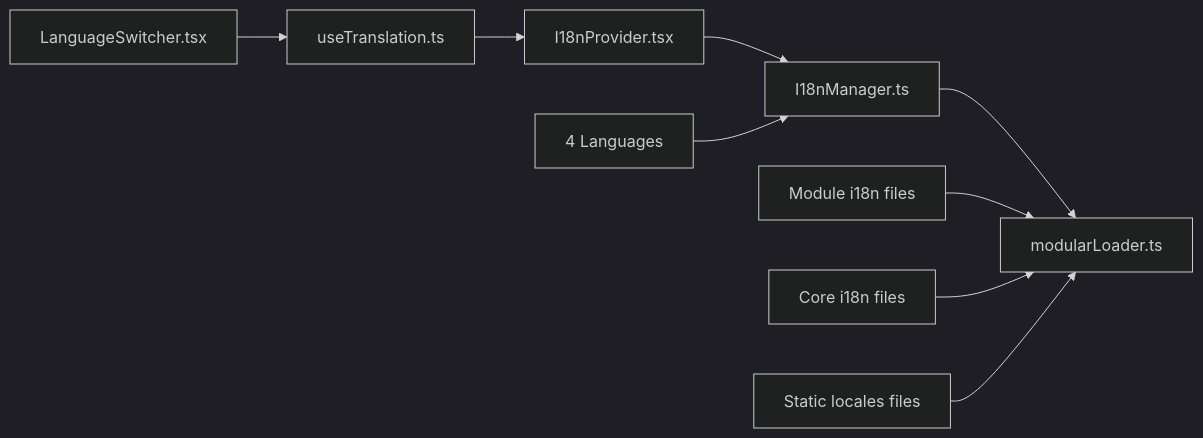
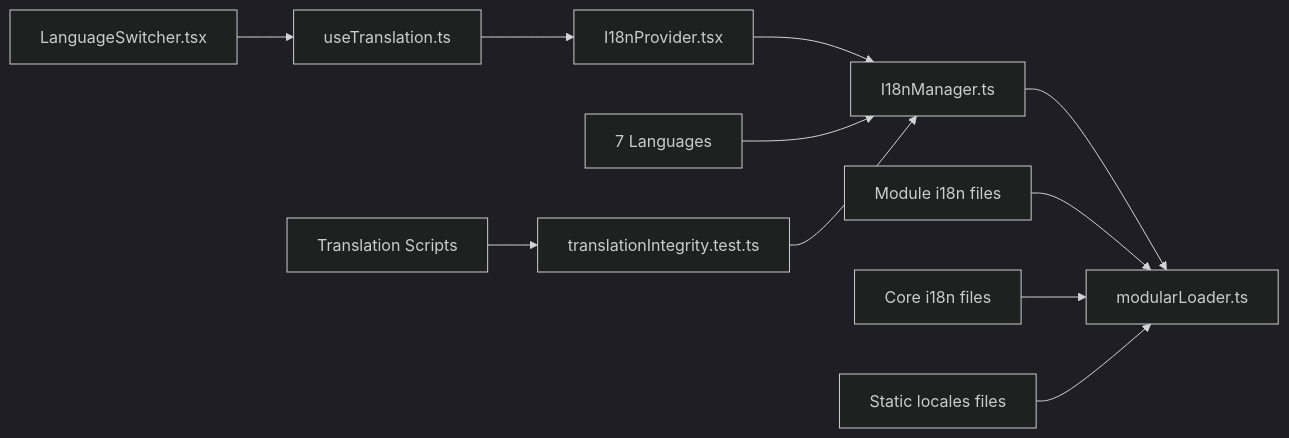
Before and after one commit to geniusdynamics/schoolpilot: the seventh of 7 diagrams in .qoder/repowiki/en/content/Internationalization.md, drawn with Mermaid (dark theme). The commit also changed other lines of this file and 54 other files, not shown here.

````diff
--- a/.qoder/repowiki/en/content/Internationalization.md
+++ b/.qoder/repowiki/en/content/Internationalization.md
@@ -370,11 +455,13 @@
 ```mermaid
 graph LR
 Provider["I18nProvider.tsx"] --> Manager["I18nManager.ts"]
 Hook["useTranslation.ts"] --> Provider
 Manager --> Modular["modularLoader.ts"]
 Switcher["LanguageSwitcher.tsx"] --> Hook
 Modules["Module i18n files"] --> Modular
 Core["Core i18n files"] --> Modular
 Static["Static locales files"] --> Modular
-Languages["4 Languages"] --> Manager
+Languages["7 Languages"] --> Manager
+Tests["translationIntegrity.test.ts"] --> Manager
+Scripts["Translation Scripts"] --> Tests
 ```
````
